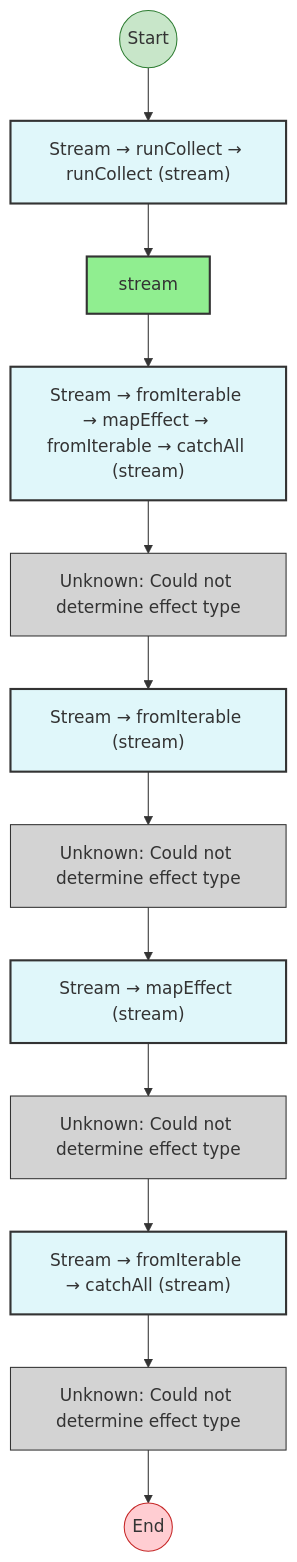
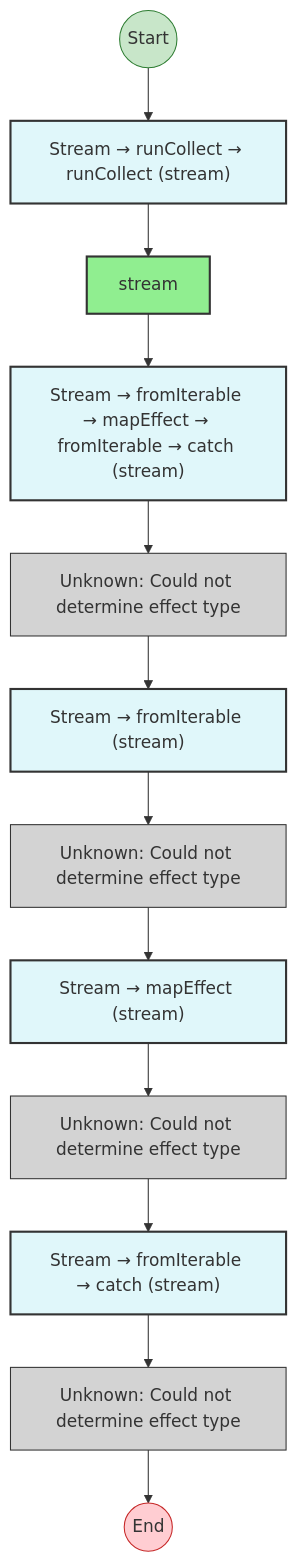
Before and after one commit to jagreehal/effect-analyzer: the seventh of 14 diagrams in packages/effect-analyzer/src/__fixtures__/stream-patterns.effect-analysis.md, drawn with Mermaid. The commit also changed other lines of this file and 131 other files, not shown here.

First line of the commit message:
feat!: Effect v4-only architecture with decomposed analysis interface (#202)

````diff
--- a/packages/effect-analyzer/src/__fixtures__/stream-patterns.effect-analysis.md
+++ b/packages/effect-analyzer/src/__fixtures__/stream-patterns.effect-analysis.md
@@ -567,51 +567,51 @@
 ```mermaid
 flowchart TB
 
   %% Program: errorHandledStreamProgram
 
   start((Start))
   end_node((End))
 
   n2["Stream → runCollect → runCollect (stream)"]
   n3["stream"]
-  n4["Stream → fromIterable → mapEffect → fromIterable → catchAll (stream)"]
+  n4["Stream → fromIterable → mapEffect → fromIterable → catch (stream)"]
   n5["Unknown: Could not determine effect type"]
   n6["Stream → fromIterable (stream)"]
   n7["Unknown: Could not determine effect type"]
   n8["Stream → mapEffect (stream)"]
   n9["Unknown: Could not determine effect type"]
-  n10["Stream → fromIterable → catchAll (stream)"]
+  n10["Stream → fromIterable → catch (stream)"]
   n11["Unknown: Could not determine effect type"]
 
   %% Edges
   n2 --> n3
   n4 --> n5
   n3 --> n4
   n6 --> n7
   n5 --> n6
   n8 --> n9
   n7 --> n8
   n10 --> n11
   n9 --> n10
   start --> n2
   n11 --> end_node
 
   %% Styles
   classDef startStyle fill:#c8e6c9,stroke:#2e7d32
   classDef endStyle fill:#ffcdd2,stroke:#c62828
   classDef effectStyle fill:#90EE90,stroke:#333,stroke-width:2px
   classDef streamStyle fill:#E0F7FA,stroke:#333,stroke-width:2px
   classDef unknownStyle fill:#D3D3D3,stroke:#333,stroke-width:1px
   class start startStyle
   class end_node endStyle
   class n2 streamStyle
   class n3 effectStyle
   class n4 streamStyle
   class n5 unknownStyle
   class n6 streamStyle
   class n7 unknownStyle
   class n8 streamStyle
   class n9 unknownStyle
   class n10 streamStyle
   class n11 unknownStyle
 ```
````
